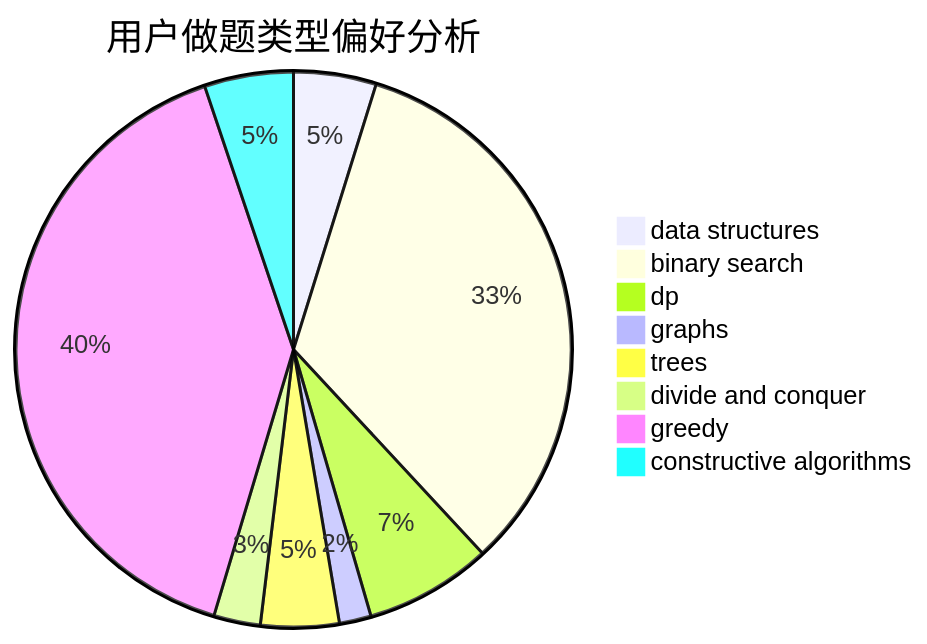
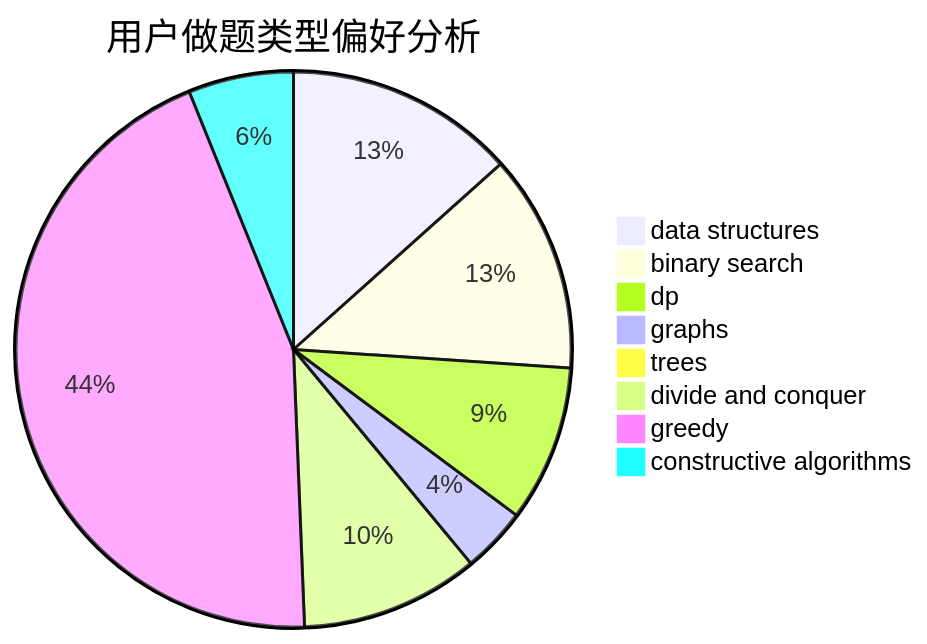
One commit to sherpahu/cfrs.github.io changed the second of 3 diagrams in docs/user/u2591.md. Above: the diagram before and after it, drawn with Mermaid. The commit also changed other lines of this file and 2770 other files, not shown here.

````diff
--- a/docs/user/u2591.md
+++ b/docs/user/u2591.md
@@ -23,11 +23,11 @@
 ```mermaid
 pie title 用户做题类型偏好分析
-    "data structures" :  39
-    "binary search" :  270
-    "dp" :  60
-    "graphs" :  15
-    "trees" :  37
-    "divide and conquer" :  22
-    "greedy" :  326
-    "constructive algorithms" :  42
+    "data structures" :  116
+    "binary search" :  110
+    "dp" :  79
+    "graphs" :  33
+    "trees" :  7
+    "divide and conquer" :  90
+    "greedy" :  386
+    "constructive algorithms" :  53
 ```
````
